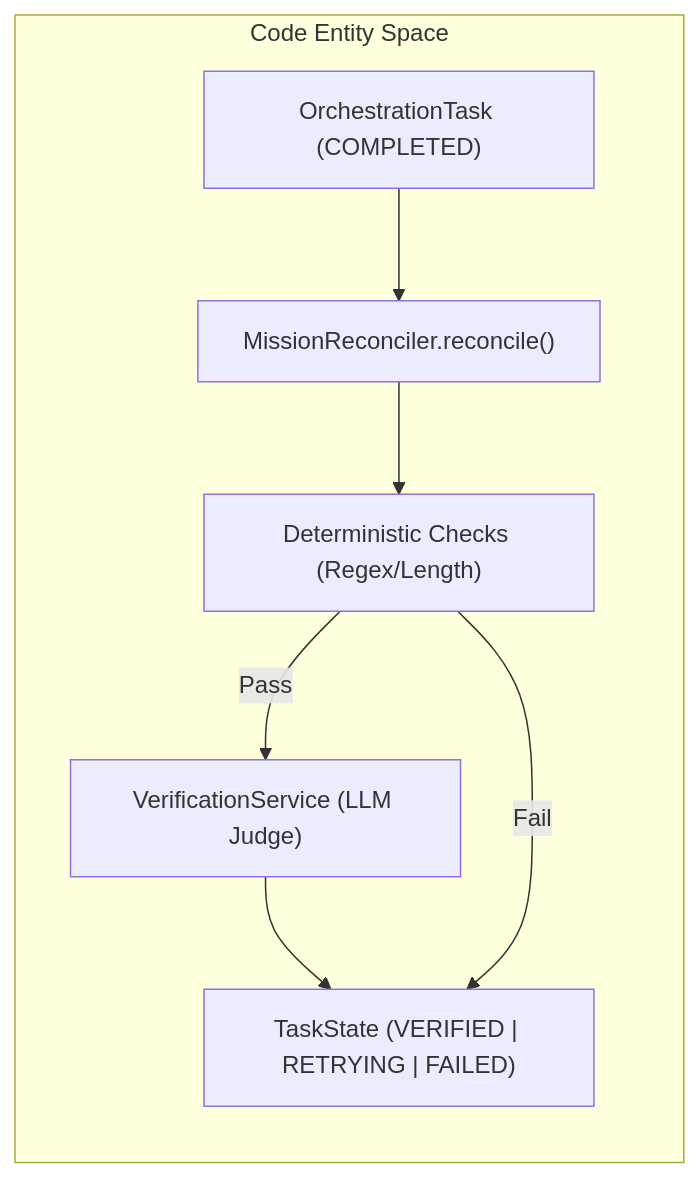
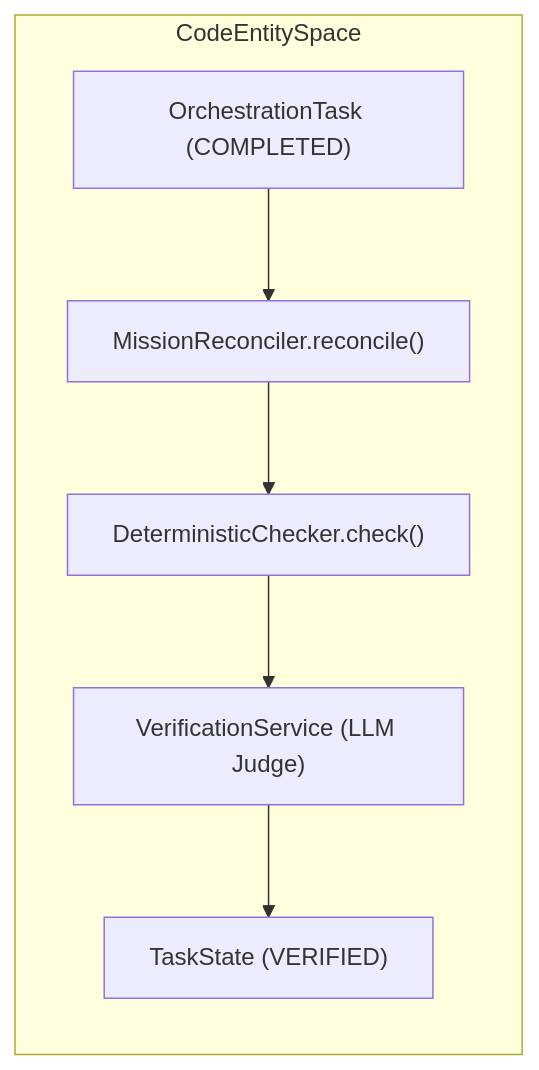
The second of 2 diagrams in docs/missions-multi-agent-coordination/coordinator-service-dispatcher.md (AutomatosAI/automatos-ai), drawn with Mermaid before and after one commit. The commit also changed other lines of this file and 153 other files, not shown here.

````diff
--- a/docs/missions-multi-agent-coordination/coordinator-service-dispatcher.md
+++ b/docs/missions-multi-agent-coordination/coordinator-service-dispatcher.md
@@ -129,16 +120,15 @@
 ```mermaid
 graph LR
-    subgraph "Code Entity Space"
+    subgraph "CodeEntitySpace"
         Task["OrchestrationTask (COMPLETED)"]
         Reconciler["MissionReconciler.reconcile()"]
-        DetCheck["Deterministic Checks (Regex/Length)"]
+        DetCheck["DeterministicChecker.check()"]
         Judge["VerificationService (LLM Judge)"]
-        FinalState["TaskState (VERIFIED | RETRYING | FAILED)"]
+        FinalState["TaskState (VERIFIED)"]
     end
 
     Task --> Reconciler
     Reconciler --> DetCheck
-    DetCheck -- "Pass" --> Judge
+    DetCheck --> Judge
     Judge --> FinalState
-    DetCheck -- "Fail" --> FinalState
 ```
````
